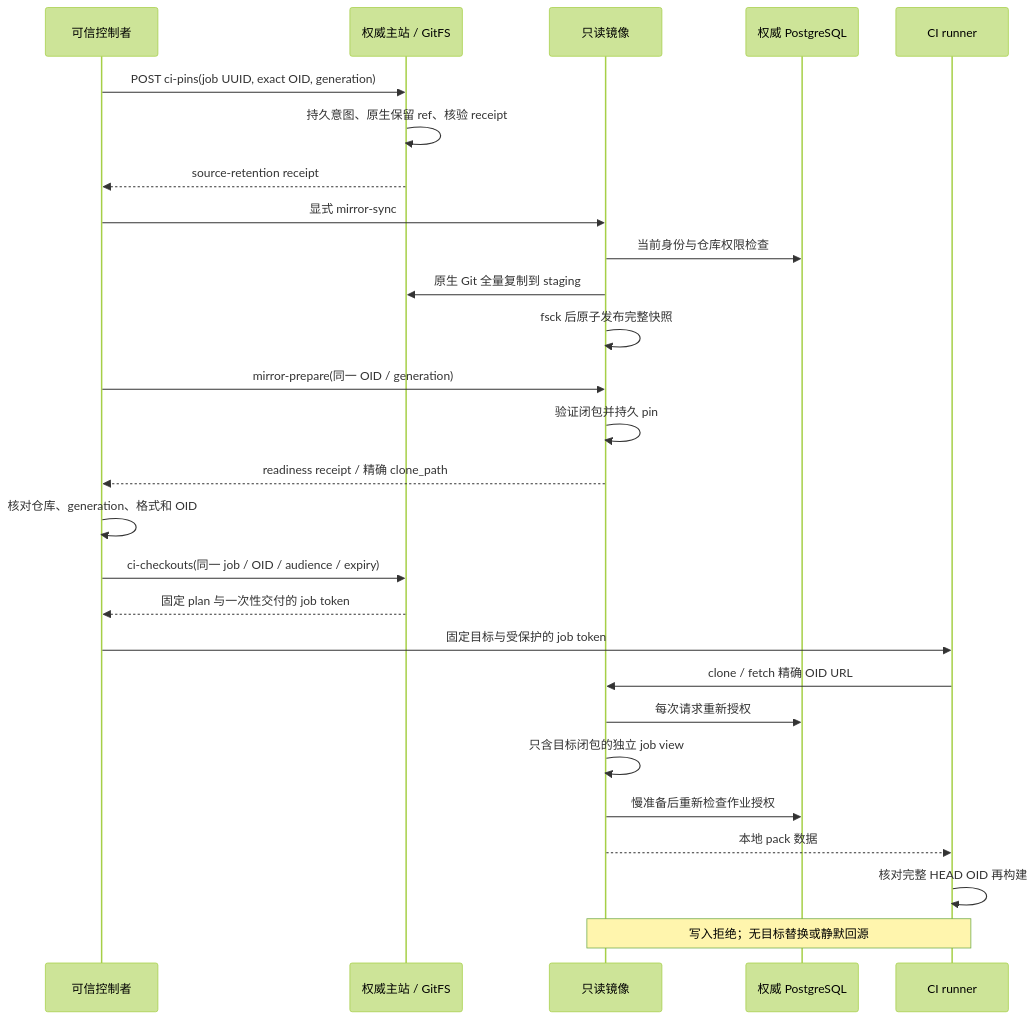
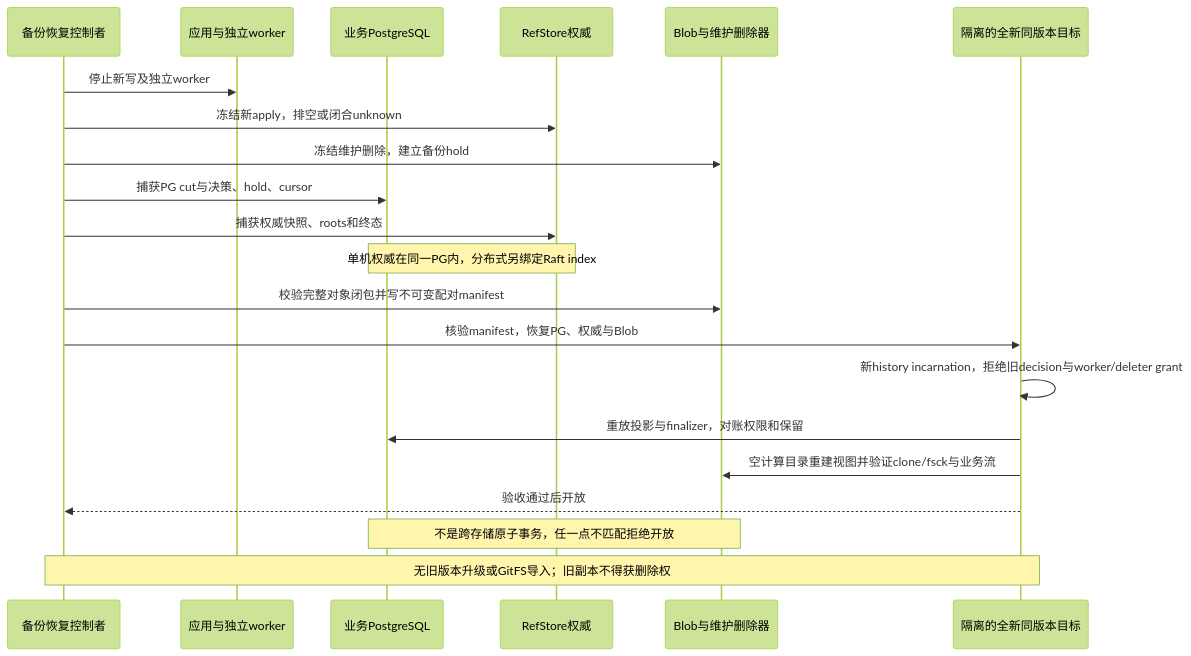
One commit to jihuayu/rootyard changed the fifth of 5 diagrams in docs/design/architecture-diagrams.md. Above: the diagram before and after it, drawn with Mermaid (forest theme). The commit also changed other lines of this file and 40 other files, not shown here.

Commit message:
Replace legacy architecture roadmap with fresh Blob-only deployment plan

````diff
--- a/docs/design/architecture-diagrams.md
+++ b/docs/design/architecture-diagrams.md
@@ -147,29 +117,23 @@
 ```mermaid
 sequenceDiagram
-  participant T as 可信控制者
-  participant P as 权威主站 / GitFS
-  participant M as 只读镜像
-  participant D as 权威 PostgreSQL
-  participant R as CI runner
-  T->>P: POST ci-pins(job UUID, exact OID, generation)
-  P->>P: 持久意图、原生保留 ref、核验 receipt
-  P-->>T: source-retention receipt
-  T->>M: 显式 mirror-sync
-  M->>D: 当前身份与仓库权限检查
-  M->>P: 原生 Git 全量复制到 staging
-  M->>M: fsck 后原子发布完整快照
-  T->>M: mirror-prepare(同一 OID / generation)
-  M->>M: 验证闭包并持久 pin
-  M-->>T: readiness receipt / 精确 clone_path
-  T->>T: 核对仓库、generation、格式和 OID
-  T->>P: ci-checkouts(同一 job / OID / audience / expiry)
-  P-->>T: 固定 plan 与一次性交付的 job token
-  T->>R: 固定目标与受保护的 job token
-  R->>M: clone / fetch 精确 OID URL
-  M->>D: 每次请求重新授权
-  M->>M: 只含目标闭包的独立 job view
-  M->>D: 慢准备后重新检查作业授权
-  M-->>R: 本地 pack 数据
-  R->>R: 核对完整 HEAD OID 再构建
-  Note over M,R: 写入拒绝；无目标替换或静默回源
+  participant O as 备份恢复控制者
+  participant A as 应用与独立worker
+  participant P as 业务PostgreSQL
+  participant R as RefStore权威
+  participant B as Blob与维护删除器
+  participant N as 隔离的全新同版本目标
+  O->>A: 停止新写及独立worker
+  O->>R: 冻结新apply，排空或闭合unknown
+  O->>B: 冻结维护删除，建立备份hold
+  O->>P: 捕获PG cut与决策、hold、cursor
+  O->>R: 捕获权威快照、roots和终态
+  Note over P,R: 单机权威在同一PG内，分布式另绑定Raft index
+  O->>B: 校验完整对象闭包并写不可变配对manifest
+  O->>N: 核验manifest，恢复PG、权威与Blob
+  N->>N: 新history incarnation，拒绝旧decision与worker/deleter grant
+  N->>P: 重放投影与finalizer，对账权限和保留
+  N->>B: 空计算目录重建视图并验证clone/fsck与业务流
+  N-->>O: 验收通过后开放
+  Note over P,B: 不是跨存储原子事务，任一点不匹配拒绝开放
+  Note over O,N: 无旧版本升级或GitFS导入；旧副本不得获删除权
 ```
````
